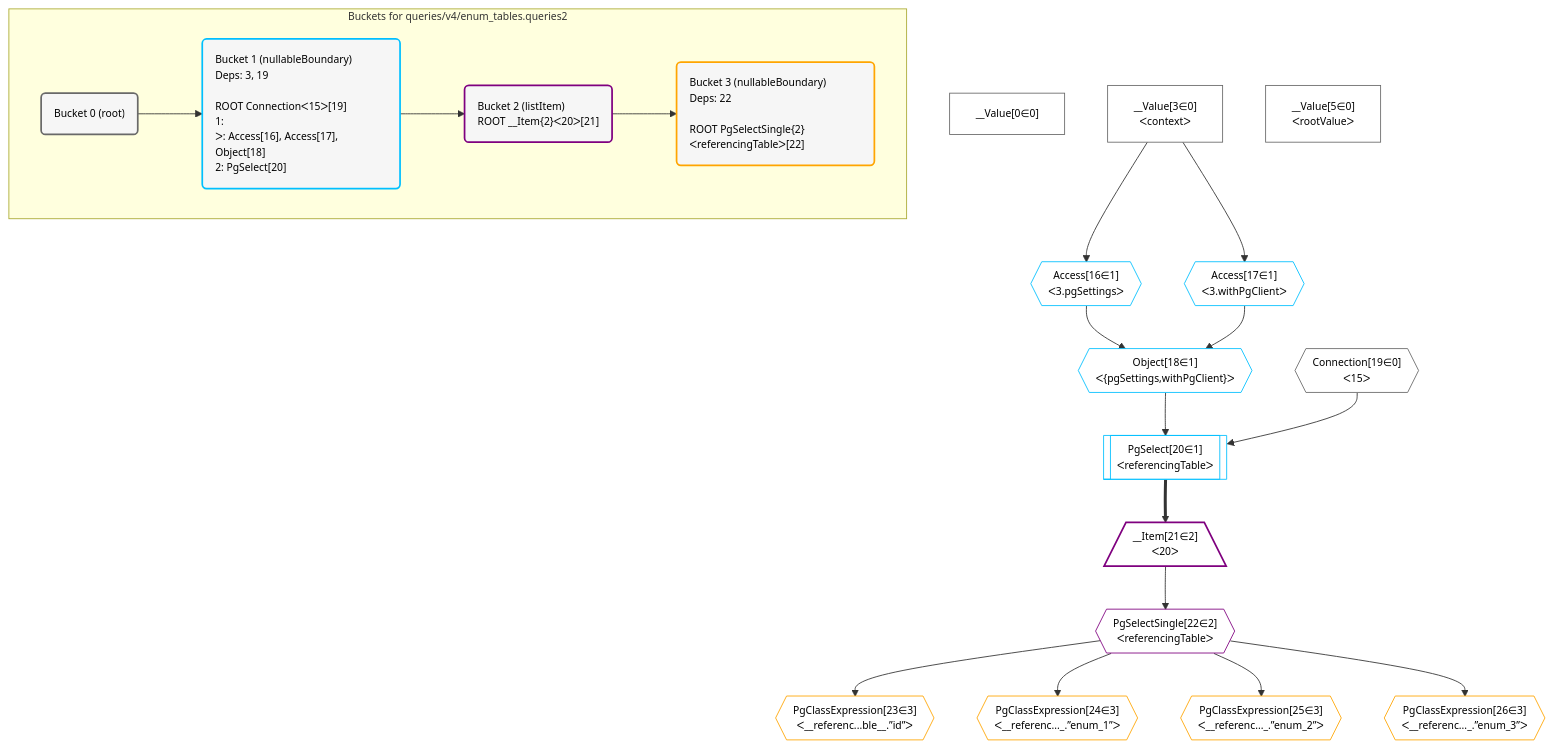
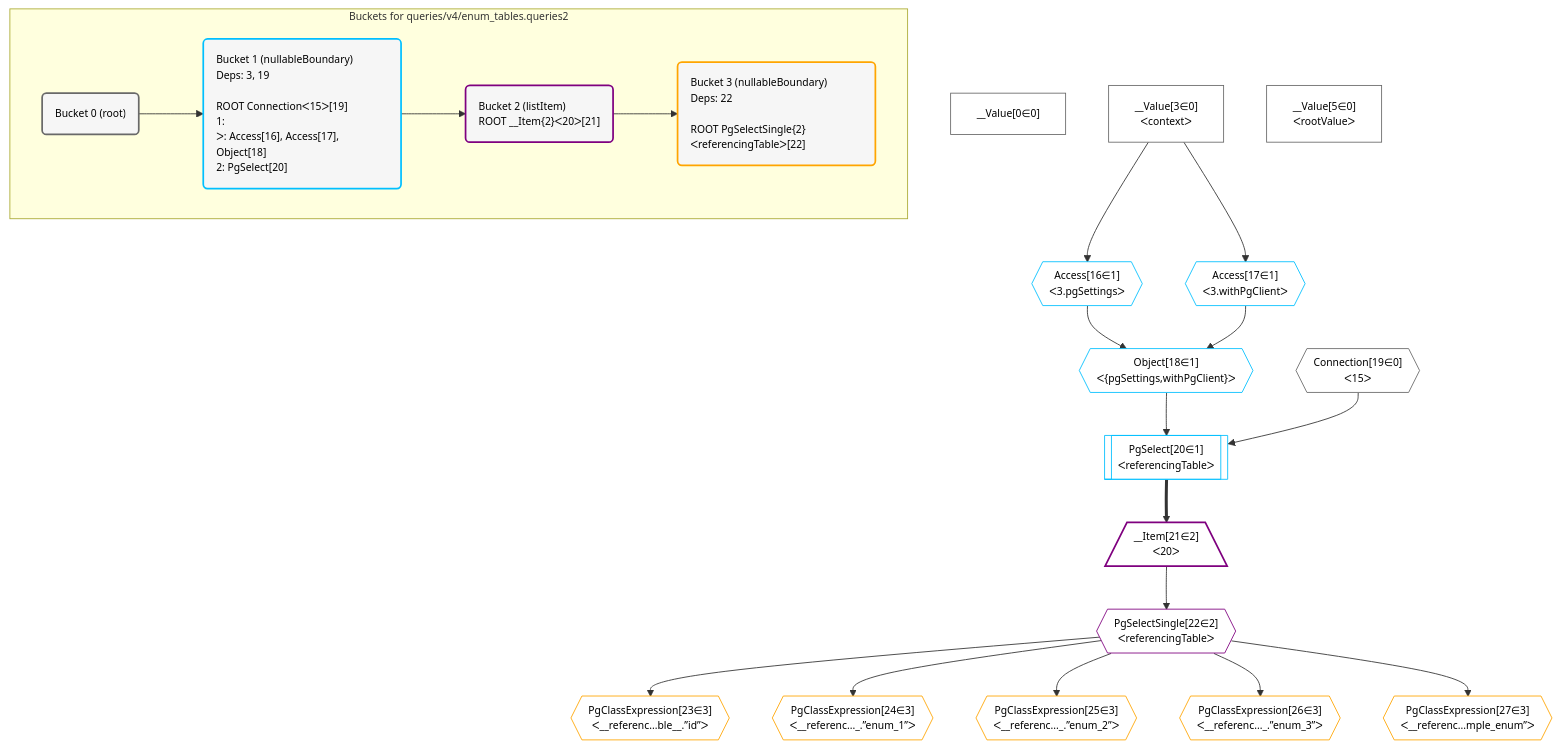
The diagram in postgraphile/postgraphile/__tests__/queries/v4/enum_tables.queries2.mermaid (graphile/crystal), drawn with Mermaid before and after one commit. The commit also changed 5 other files, not shown here.

```diff
--- a/postgraphile/postgraphile/__tests__/queries/v4/enum_tables.queries2.mermaid
+++ b/postgraphile/postgraphile/__tests__/queries/v4/enum_tables.queries2.mermaid
@@ -1,55 +1,57 @@
 %%{init: {'themeVariables': { 'fontSize': '12px'}}}%%
 graph TD
     classDef path fill:#eee,stroke:#000,color:#000
     classDef plan fill:#fff,stroke-width:1px,color:#000
     classDef itemplan fill:#fff,stroke-width:2px,color:#000
     classDef unbatchedplan fill:#dff,stroke-width:1px,color:#000
     classDef sideeffectplan fill:#fcc,stroke-width:2px,color:#000
     classDef bucket fill:#f6f6f6,color:#000,stroke-width:2px,text-align:left
 
 
     %% plan dependencies
     __Value0["__Value[0∈0]"]:::plan
     __Value3["__Value[3∈0]<br />ᐸcontextᐳ"]:::plan
     __Value5["__Value[5∈0]<br />ᐸrootValueᐳ"]:::plan
     Connection19{{"Connection[19∈0]<br />ᐸ15ᐳ"}}:::plan
     Object18{{"Object[18∈1]<br />ᐸ{pgSettings,withPgClient}ᐳ"}}:::plan
     Access16{{"Access[16∈1]<br />ᐸ3.pgSettingsᐳ"}}:::plan
     Access17{{"Access[17∈1]<br />ᐸ3.withPgClientᐳ"}}:::plan
     Access16 & Access17 --> Object18
     PgSelect20[["PgSelect[20∈1]<br />ᐸreferencingTableᐳ"]]:::plan
     Object18 & Connection19 --> PgSelect20
     __Value3 --> Access16
     __Value3 --> Access17
     __Item21[/"__Item[21∈2]<br />ᐸ20ᐳ"\]:::itemplan
     PgSelect20 ==> __Item21
     PgSelectSingle22{{"PgSelectSingle[22∈2]<br />ᐸreferencingTableᐳ"}}:::plan
     __Item21 --> PgSelectSingle22
     PgClassExpression23{{"PgClassExpression[23∈3]<br />ᐸ__referenc...ble__.”id”ᐳ"}}:::plan
     PgSelectSingle22 --> PgClassExpression23
     PgClassExpression24{{"PgClassExpression[24∈3]<br />ᐸ__referenc..._.”enum_1”ᐳ"}}:::plan
     PgSelectSingle22 --> PgClassExpression24
     PgClassExpression25{{"PgClassExpression[25∈3]<br />ᐸ__referenc..._.”enum_2”ᐳ"}}:::plan
     PgSelectSingle22 --> PgClassExpression25
     PgClassExpression26{{"PgClassExpression[26∈3]<br />ᐸ__referenc..._.”enum_3”ᐳ"}}:::plan
     PgSelectSingle22 --> PgClassExpression26
+    PgClassExpression27{{"PgClassExpression[27∈3]<br />ᐸ__referenc...mple_enum”ᐳ"}}:::plan
+    PgSelectSingle22 --> PgClassExpression27
 
     %% define steps
 
     subgraph "Buckets for queries/v4/enum_tables.queries2"
     Bucket0("Bucket 0 (root)"):::bucket
     classDef bucket0 stroke:#696969
     class Bucket0,__Value0,__Value3,__Value5,Connection19 bucket0
     Bucket1("Bucket 1 (nullableBoundary)<br />Deps: 3, 19<br /><br />ROOT Connectionᐸ15ᐳ[19]<br />1: <br />ᐳ: Access[16], Access[17], Object[18]<br />2: PgSelect[20]"):::bucket
     classDef bucket1 stroke:#00bfff
     class Bucket1,Access16,Access17,Object18,PgSelect20 bucket1
     Bucket2("Bucket 2 (listItem)<br />ROOT __Item{2}ᐸ20ᐳ[21]"):::bucket
     classDef bucket2 stroke:#7f007f
     class Bucket2,__Item21,PgSelectSingle22 bucket2
     Bucket3("Bucket 3 (nullableBoundary)<br />Deps: 22<br /><br />ROOT PgSelectSingle{2}ᐸreferencingTableᐳ[22]"):::bucket
     classDef bucket3 stroke:#ffa500
-    class Bucket3,PgClassExpression23,PgClassExpression24,PgClassExpression25,PgClassExpression26 bucket3
+    class Bucket3,PgClassExpression23,PgClassExpression24,PgClassExpression25,PgClassExpression26,PgClassExpression27 bucket3
     Bucket0 --> Bucket1
     Bucket1 --> Bucket2
     Bucket2 --> Bucket3
     end
```
